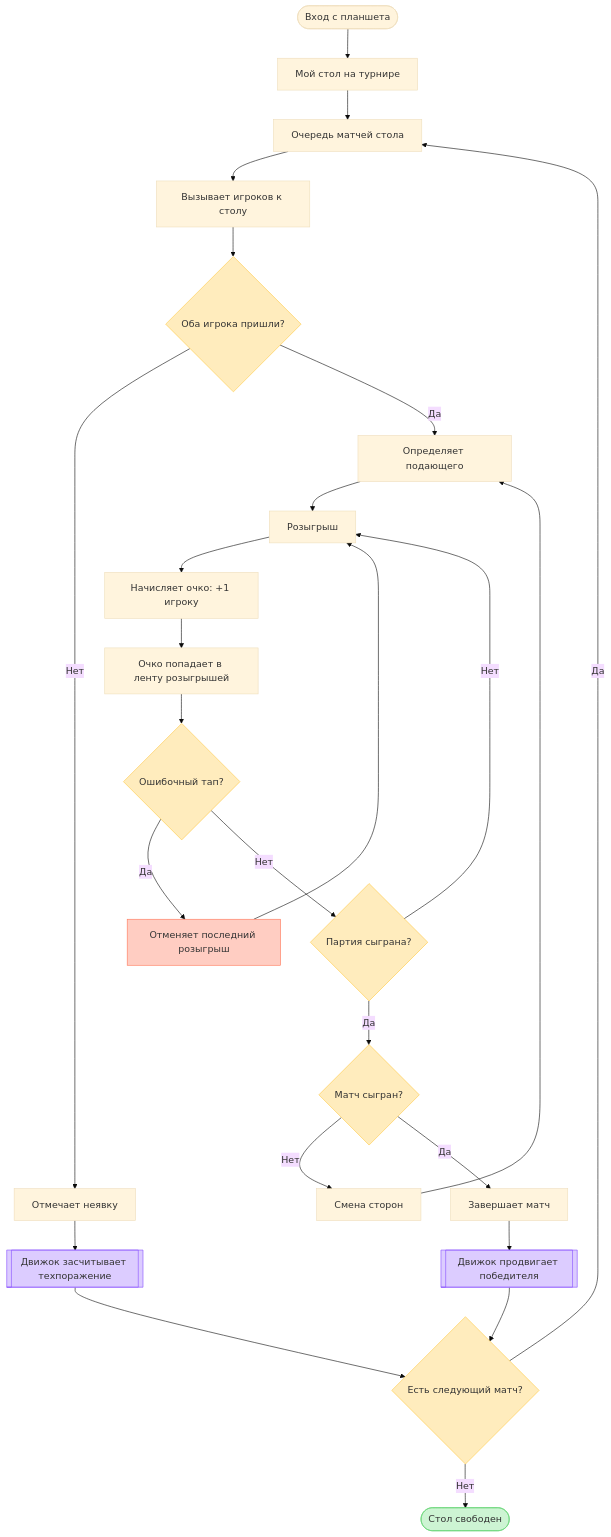
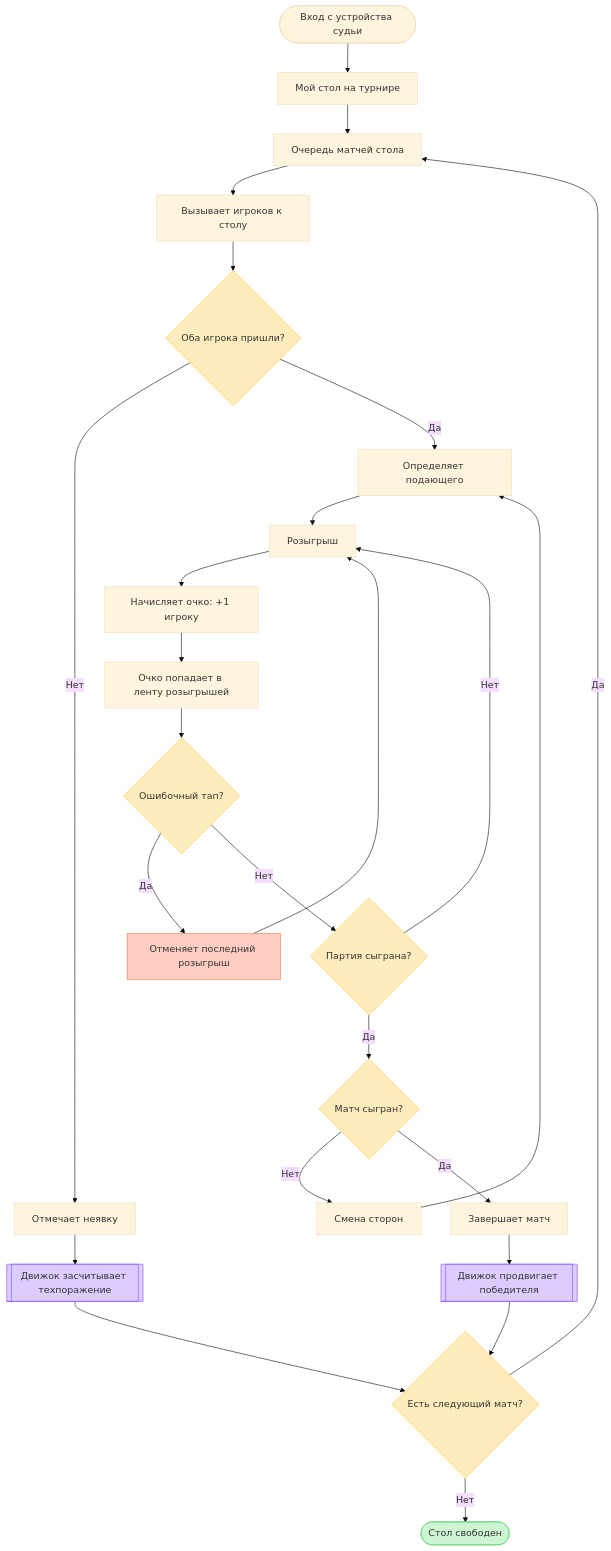
Before and after one commit to AssylanAkhanuly/tt_tournament: the sixth of 10 diagrams in USERFLOW.md, drawn with Mermaid (base theme). The commit also changed other lines of this file and 23 other files, not shown here.

First line of the commit message:
docs: привести архитектуру и user flow в соответствие с финальным ТЗ

````diff
--- a/USERFLOW.md
+++ b/USERFLOW.md
@@ -325,58 +308,58 @@
 ```mermaid
 flowchart TD
-    login(["Вход с планшета"])
+    login(["Вход с устройства судьи"])
     myTable["Мой стол на турнире"]
     queue["Очередь матчей стола"]
     invite["Вызывает игроков к столу"]
     present{"Оба игрока пришли?"}
     absent["Отмечает неявку"]
     walkover[["Движок засчитывает техпоражение"]]
     setServe["Определяет подающего"]
     rally["Розыгрыш"]
     point["Начисляет очко: +1 игроку"]
     ribbon["Очко попадает в ленту розыгрышей"]
     mistake{"Ошибочный тап?"}
     undoRally["Отменяет последний розыгрыш"]
     gameOver{"Партия сыграна?"}
     swap["Смена сторон"]
     matchOver{"Матч сыгран?"}
     finish["Завершает матч"]
     engineAdv[["Движок продвигает победителя"]]
     nextM{"Есть следующий матч?"}
     freeT(["Стол свободен"])
 
     login --> myTable
     myTable --> queue
     queue --> invite
     invite --> present
     present -->|"Нет"| absent
     absent --> walkover
     walkover --> nextM
     present -->|"Да"| setServe
     setServe --> rally
     rally --> point
     point --> ribbon
     ribbon --> mistake
     mistake -->|"Да"| undoRally
     undoRally --> rally
     mistake -->|"Нет"| gameOver
     gameOver -->|"Нет"| rally
     gameOver -->|"Да"| matchOver
     matchOver -->|"Нет"| swap
     swap --> setServe
     matchOver -->|"Да"| finish
     finish --> engineAdv
     engineAdv --> nextM
     nextM -->|"Да"| queue
     nextM -->|"Нет"| freeT
 
     style walkover fill:#DCCCFF,stroke:#874FFF
     style engineAdv fill:#DCCCFF,stroke:#874FFF
     style present fill:#FFECBD,stroke:#FFC943
     style mistake fill:#FFECBD,stroke:#FFC943
     style gameOver fill:#FFECBD,stroke:#FFC943
     style matchOver fill:#FFECBD,stroke:#FFC943
     style nextM fill:#FFECBD,stroke:#FFC943
     style undoRally fill:#FFCDC2,stroke:#FF7556
     style freeT fill:#CDF4D3,stroke:#66D575
 ```
````
